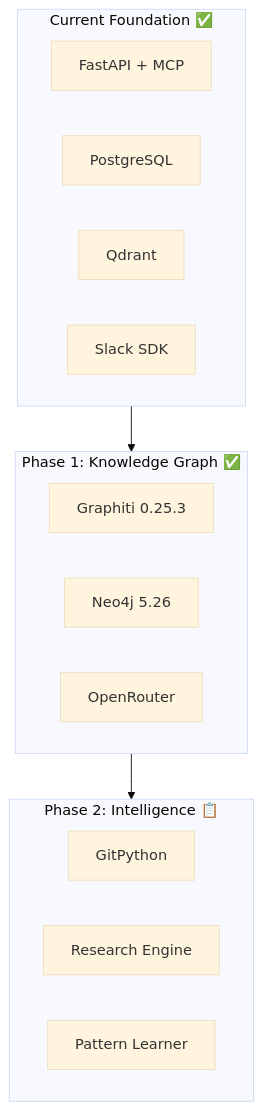
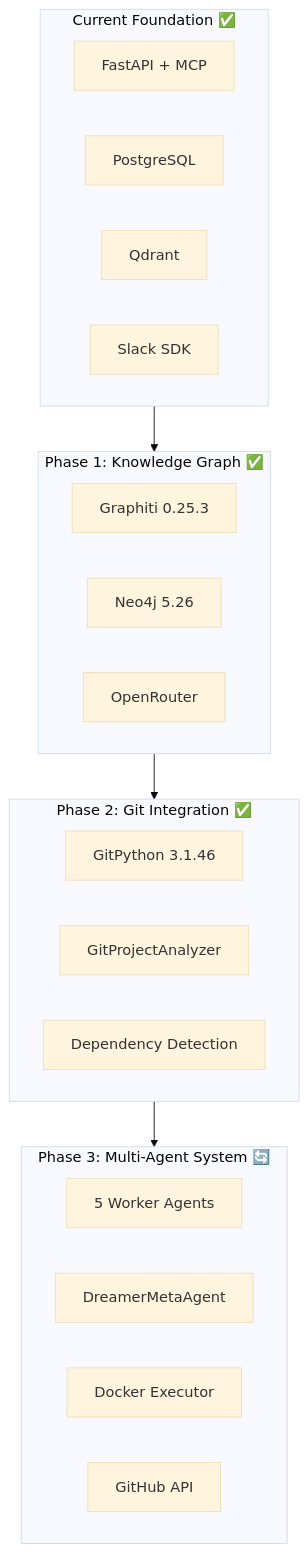
Before and after one commit to zad0xlik/sigma-evolve: the first of 7 diagrams in memory-bank/techContext.md, drawn with Mermaid (base theme). The commit also changed other lines of this file and 41 other files, not shown here.

````diff
--- a/memory-bank/techContext.md
+++ b/memory-bank/techContext.md
@@ -5,23 +5,30 @@
 ```mermaid
 flowchart TB
     subgraph Current["Current Foundation ✅"]
         FAST[FastAPI + MCP]
         PG[PostgreSQL]
         QD[Qdrant]
         SLACK[Slack SDK]
     end
     
     subgraph Phase1["Phase 1: Knowledge Graph ✅"]
         GRAPHITI[Graphiti 0.25.3]
         NEO[Neo4j 5.26]
         OR[OpenRouter]
     end
     
-    subgraph Future["Phase 2: Intelligence 📋"]
-        GIT[GitPython]
-        RESEARCH[Research Engine]
-        PATTERN[Pattern Learner]
+    subgraph Phase2["Phase 2: Git Integration ✅"]
+        GIT[GitPython 3.1.46]
+        ANALYZER[GitProjectAnalyzer]
+        DEPS[Dependency Detection]
     end
     
-    Current --> Phase1 --> Future
+    subgraph Phase3["Phase 3: Multi-Agent System 🔄"]
+        AGENTS[5 Worker Agents]
+        DREAMER[DreamerMetaAgent]
+        DOCKER[Docker Executor]
+        GITHUB[GitHub API]
+    end
+    
+    Current --> Phase1 --> Phase2 --> Phase3
 ```
````
